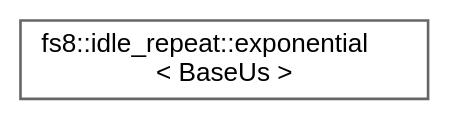
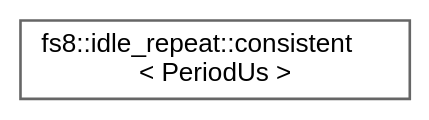
The diagram in api/inherit_graph_75.dot (the-moisrex/foresight), drawn with Graphviz before and after one commit. The commit also changed 261 other files, not shown here.

```diff
--- a/api/inherit_graph_75.dot
+++ b/api/inherit_graph_75.dot
@@ -1,9 +1,9 @@
 digraph "Graphical Class Hierarchy"
 {
  // LATEX_PDF_SIZE
   bgcolor="transparent";
   edge [fontname=Helvetica,fontsize=10,labelfontname=Helvetica,labelfontsize=10];
   node [fontname=Helvetica,fontsize=10,shape=box,height=0.2,width=0.4];
   rankdir="LR";
-  Node0 [id="Node000000",label="fs8::idle_repeat::exponential\l\< BaseUs \>",height=0.2,width=0.4,color="grey40", fillcolor="white", style="filled",URL="$structfs8_1_1idle__repeat_1_1exponential.html",tooltip=" "];
+  Node0 [id="Node000000",label="fs8::idle_repeat::consistent\l\< PeriodUs \>",height=0.2,width=0.4,color="grey40", fillcolor="white", style="filled",URL="$structfs8_1_1idle__repeat_1_1consistent.html",tooltip="Fire every PeriodUs microseconds while idle (constant interval)."];
 }
```
